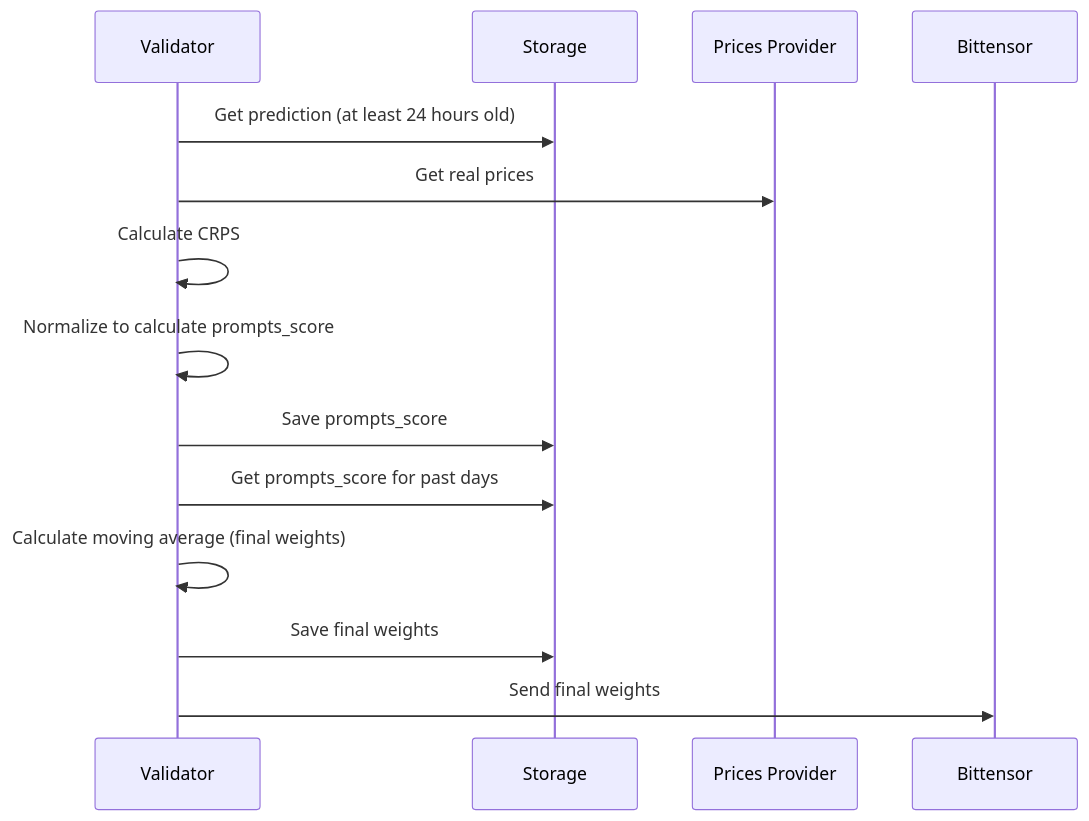
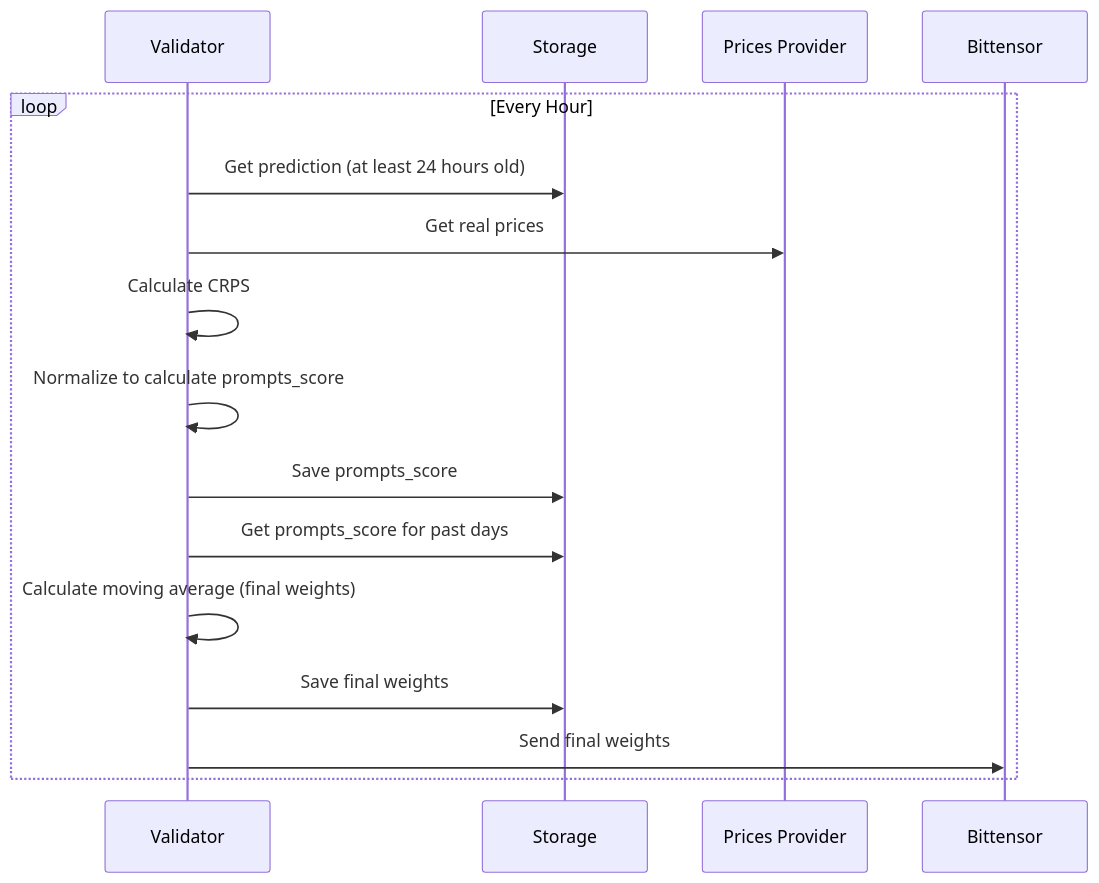
The second of 2 diagrams in README.md (mode-network/synth-subnet), drawn with Mermaid before and after one commit.

Commit message:
added loop

````diff
--- a/README.md
+++ b/README.md
@@ -170,17 +170,19 @@
 ```mermaid
 sequenceDiagram
-    participant Validator
-    participant Storage
-    participant PricesProvider as Prices Provider
-    participant Bittensor
-
-    Validator->>Storage: Get prediction (at least 24 hours old)
-    Validator->>PricesProvider: Get real prices
-    Validator->>Validator: Calculate CRPS
-    Validator->>Validator: Normalize to calculate prompts_score
-    Validator->>Storage: Save prompts_score
-    Validator->>Storage: Get prompts_score for past days
-    Validator->>Validator: Calculate moving average (final weights)
-    Validator->>Storage: Save final weights
-    Validator->>Bittensor: Send final weights
+    loop Every Hour
+        participant Validator
+        participant Storage
+        participant PricesProvider as Prices Provider
+        participant Bittensor
+    
+        Validator->>Storage: Get prediction (at least 24 hours old)
+        Validator->>PricesProvider: Get real prices
+        Validator->>Validator: Calculate CRPS
+        Validator->>Validator: Normalize to calculate prompts_score
+        Validator->>Storage: Save prompts_score
+        Validator->>Storage: Get prompts_score for past days
+        Validator->>Validator: Calculate moving average (final weights)
+        Validator->>Storage: Save final weights
+        Validator->>Bittensor: Send final weights
+    end
 ```
````
